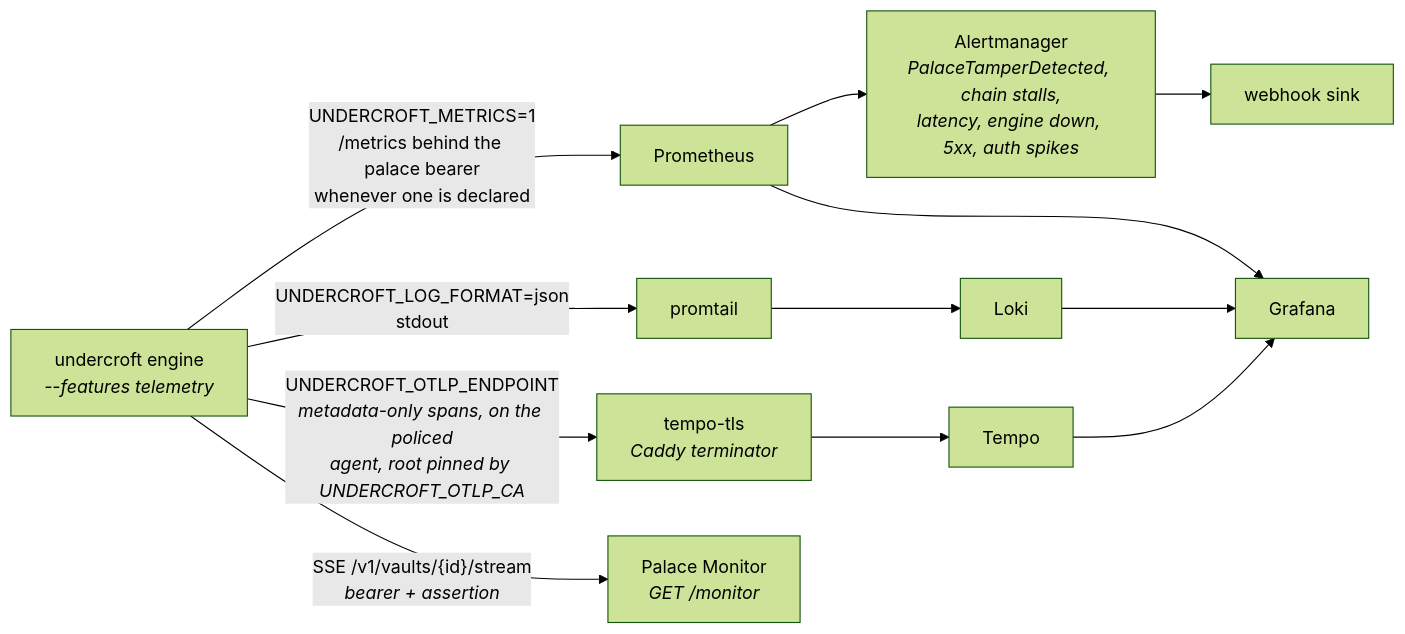
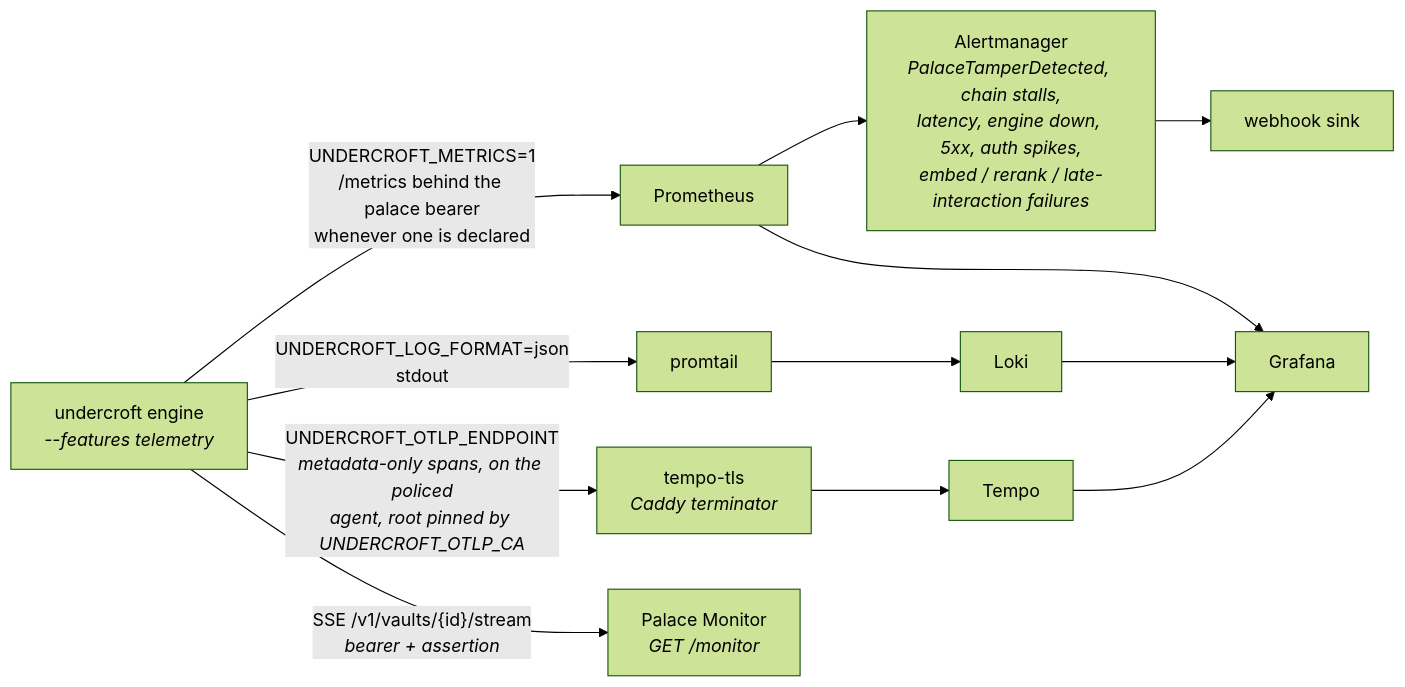
Before and after one commit to sealcroft/undercroft: the diagram in website/src/observability.md, drawn with Mermaid (forest theme). The commit also changed other lines of this file and 93 other files, not shown here.

````diff
--- a/website/src/observability.md
+++ b/website/src/observability.md
@@ -26,12 +26,12 @@
 ```mermaid
 flowchart LR
     e["undercroft engine<br/><i>--features telemetry</i>"]
     e -- "UNDERCROFT_METRICS=1<br/>/metrics behind the palace bearer<br/>whenever one is declared" --> prom["Prometheus"]
-    prom --> am["Alertmanager<br/><i>PalaceTamperDetected, chain stalls,<br/>latency, engine down, 5xx, auth spikes</i>"] --> hook["webhook sink"]
+    prom --> am["Alertmanager<br/><i>PalaceTamperDetected, chain stalls,<br/>latency, engine down, 5xx, auth spikes,<br/>embed / rerank / late-interaction failures</i>"] --> hook["webhook sink"]
     e -- "UNDERCROFT_LOG_FORMAT=json<br/>stdout" --> promtail["promtail"] --> loki["Loki"]
     e -- "UNDERCROFT_OTLP_ENDPOINT<br/><i>metadata-only spans, on the policed<br/>agent, root pinned by UNDERCROFT_OTLP_CA</i>" --> tls["tempo-tls<br/><i>Caddy terminator</i>"] --> tempo["Tempo"]
     e -- "SSE /v1/vaults/{id}/stream<br/><i>bearer + assertion</i>" --> monitor["Palace Monitor<br/><i>GET /monitor</i>"]
     prom --> graf["Grafana"]
     loki --> graf
     tempo --> graf
 ```
````
